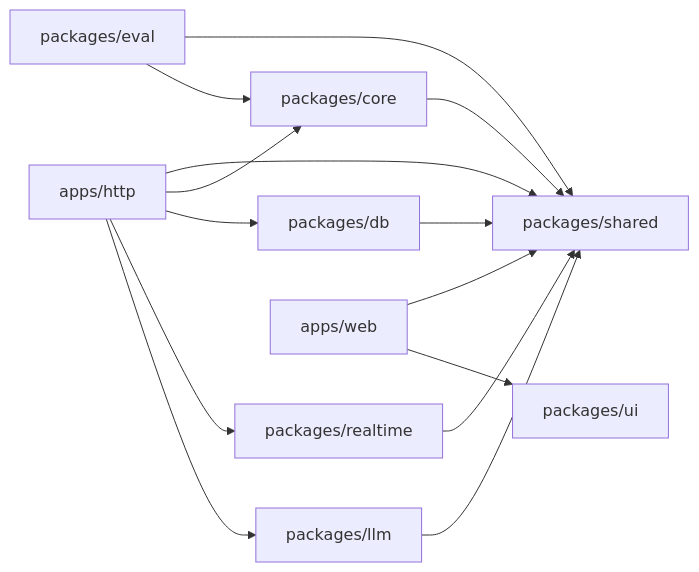
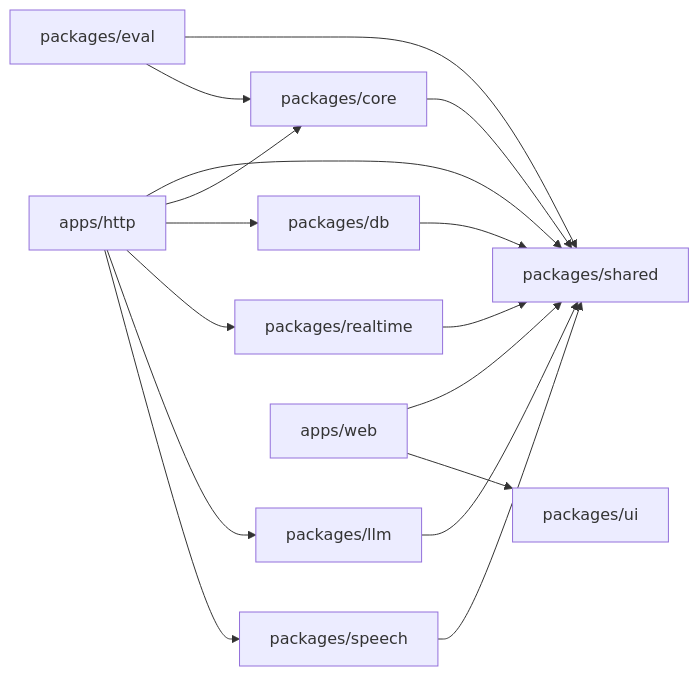
One commit to RitikaxG/sherlock-challenge changed the second of 2 diagrams in ARCHITECTURE.md. Above: the diagram before and after it, drawn with Mermaid. The commit also changed other lines of this file and 38 other files, not shown here.

````diff
--- a/ARCHITECTURE.md
+++ b/ARCHITECTURE.md
@@ -81,16 +102,18 @@
 ```mermaid
 flowchart LR
   HTTP["apps/http"] --> Shared["packages/shared"]
   HTTP --> Core["packages/core"]
   HTTP --> DB["packages/db"]
   HTTP --> Realtime["packages/realtime"]
   HTTP --> LLM["packages/llm"]
+  HTTP --> Speech["packages/speech"]
   Web["apps/web"] --> Shared
   Web --> UI["packages/ui"]
   Eval["packages/eval"] --> Shared
   Eval --> Core
   Core --> Shared
   DB --> Shared
   Realtime --> Shared
   LLM --> Shared
+  Speech --> Shared
 ```
````
